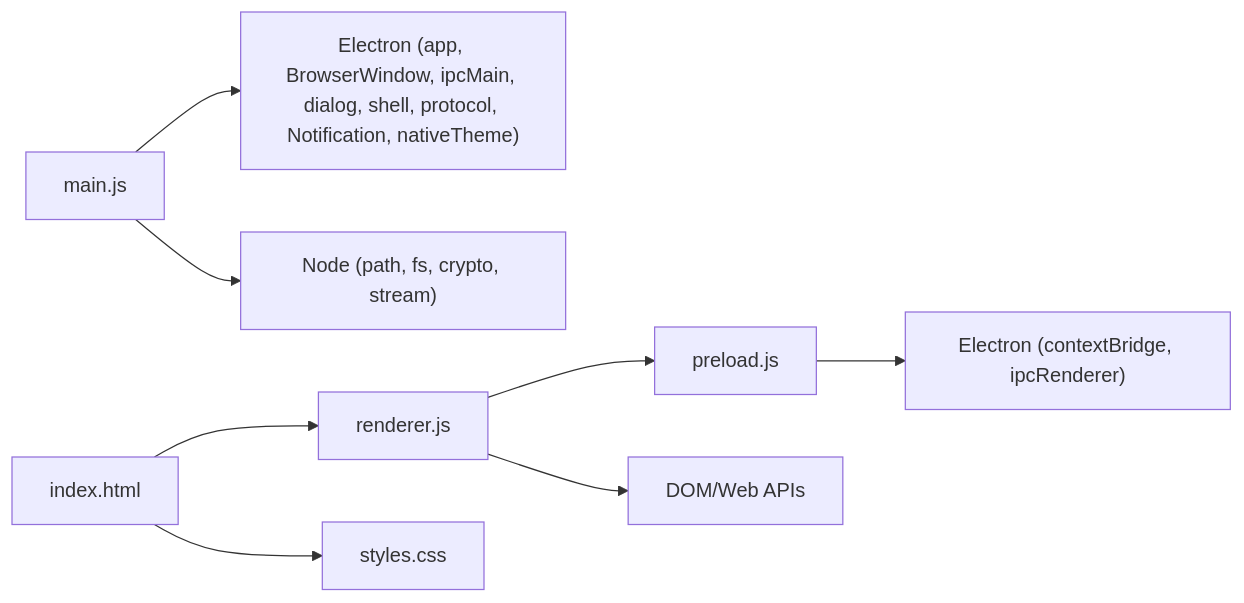
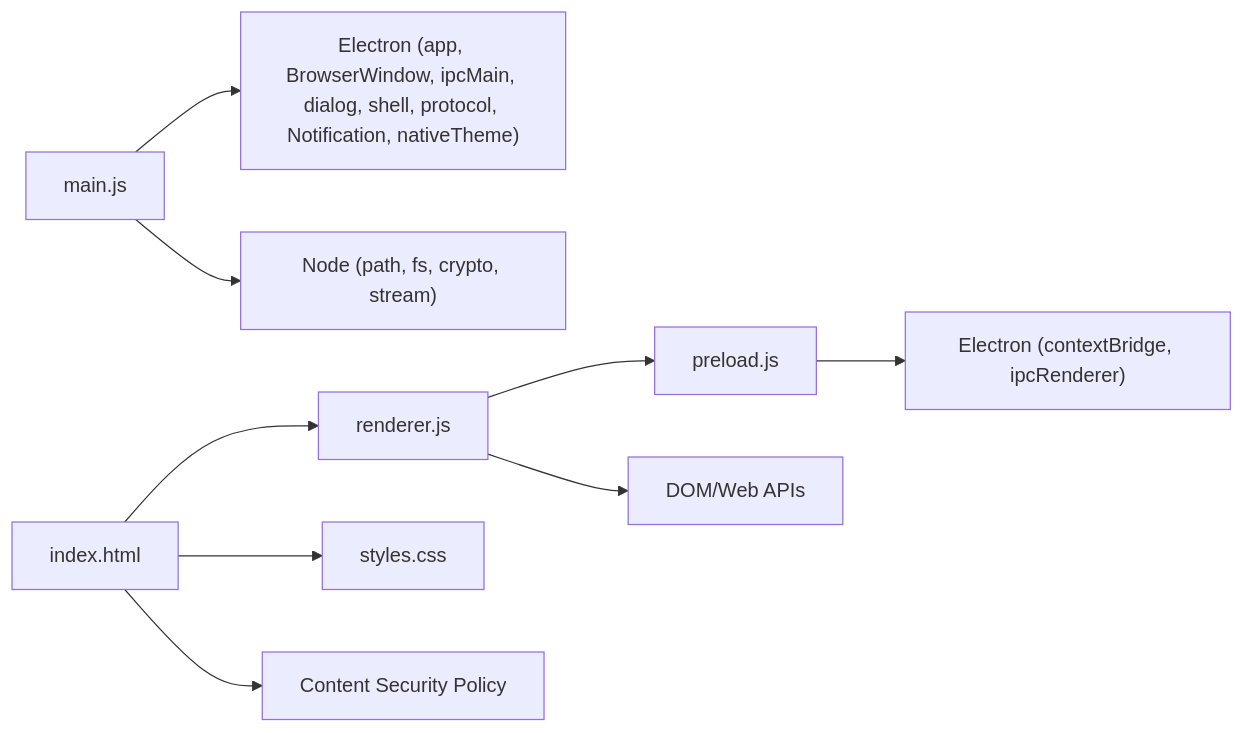
The seventh of 7 diagrams in .qoder/repowiki/en/content/Architecture Overview.md (Annguyen0410/Personal-Messenger-Like-Storage-), drawn with Mermaid before and after one commit. The commit also changed other lines of this file and 19 other files, not shown here.

````diff
--- a/.qoder/repowiki/en/content/Architecture Overview.md
+++ b/.qoder/repowiki/en/content/Architecture Overview.md
@@ -293,10 +471,11 @@
 ```mermaid
 graph LR
 A["main.js"] --> E1["Electron (app, BrowserWindow, ipcMain, dialog, shell, protocol, Notification, nativeTheme)"]
 A --> N1["Node (path, fs, crypto, stream)"]
 B["preload.js"] --> E2["Electron (contextBridge, ipcRenderer)"]
 C["renderer.js"] --> D1["DOM/Web APIs"]
 C --> B
 H["index.html"] --> C
 H --> S["styles.css"]
+H --> CSP["Content Security Policy"]
 ```
````
